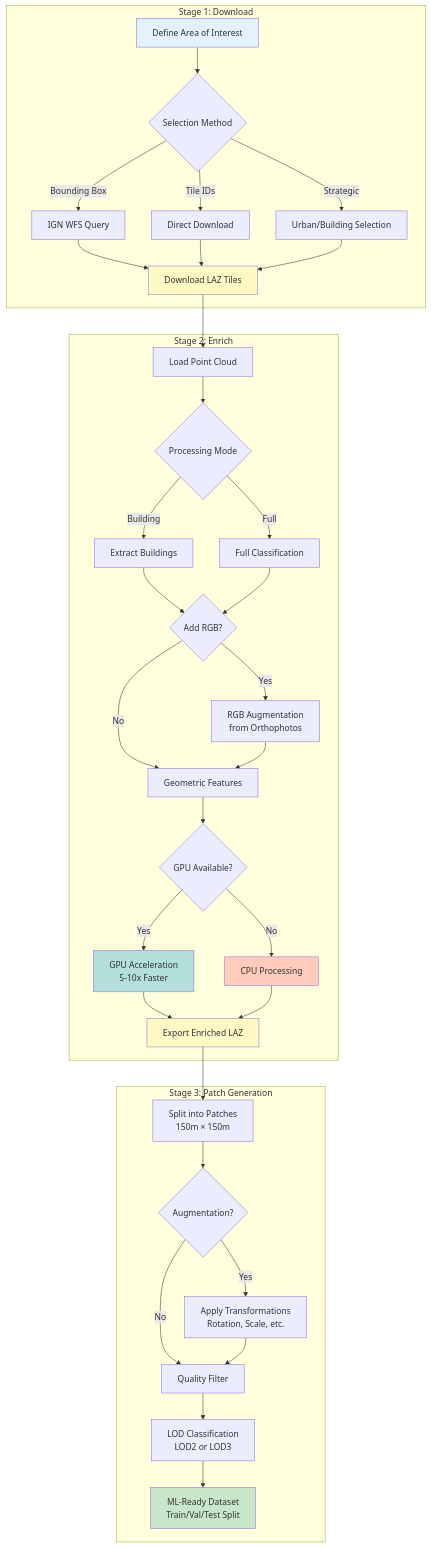
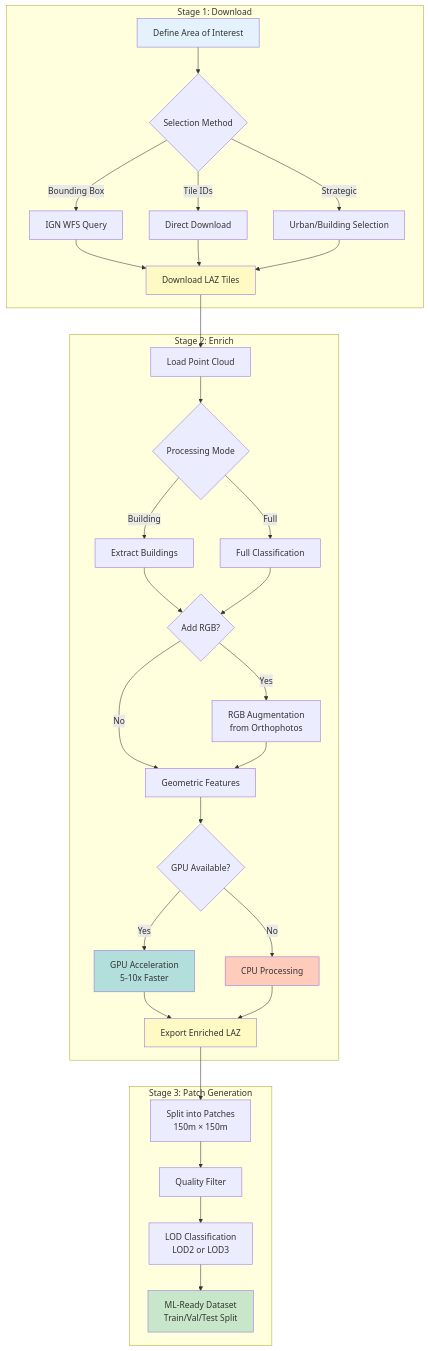
Before and after one commit to sducournau/IGN_LIDAR_HD_DATASET: the diagram in website/docs/guides/complete-workflow.md, drawn with Mermaid. The commit also changed other lines of this file and 32 other files, not shown here.

````diff
--- a/website/docs/guides/complete-workflow.md
+++ b/website/docs/guides/complete-workflow.md
@@ -19,46 +19,43 @@
 ```mermaid
 flowchart TD
     subgraph "Stage 1: Download"
         A[Define Area of Interest] --> B{Selection Method}
         B -->|Bounding Box| C[IGN WFS Query]
         B -->|Tile IDs| D[Direct Download]
         B -->|Strategic| E[Urban/Building Selection]
         C --> F[Download LAZ Tiles]
         D --> F
         E --> F
     end
 
     subgraph "Stage 2: Enrich"
         F --> G[Load Point Cloud]
         G --> H{Processing Mode}
         H -->|Building| I[Extract Buildings]
         H -->|Full| J[Full Classification]
         I --> K{Add RGB?}
         J --> K
         K -->|Yes| L[RGB Augmentation<br/>from Orthophotos]
         K -->|No| M[Geometric Features]
         L --> M
         M --> N{GPU Available?}
         N -->|Yes| O[GPU Acceleration<br/>5-10x Faster]
         N -->|No| P[CPU Processing]
         O --> Q[Export Enriched LAZ]
         P --> Q
     end
 
     subgraph "Stage 3: Patch Generation"
         Q --> R[Split into Patches<br/>150m × 150m]
-        R --> S{Augmentation?}
-        S -->|Yes| T[Apply Transformations<br/>Rotation, Scale, etc.]
-        S -->|No| U[Quality Filter]
-        T --> U
+        R --> U[Quality Filter]
         U --> V[LOD Classification<br/>LOD2 or LOD3]
         V --> W[ML-Ready Dataset<br/>Train/Val/Test Split]
     end
 
     style A fill:#e3f2fd
     style F fill:#fff9c4
     style Q fill:#fff9c4
     style W fill:#c8e6c9
     style O fill:#b2dfdb
     style P fill:#ffccbc
 ```
````
